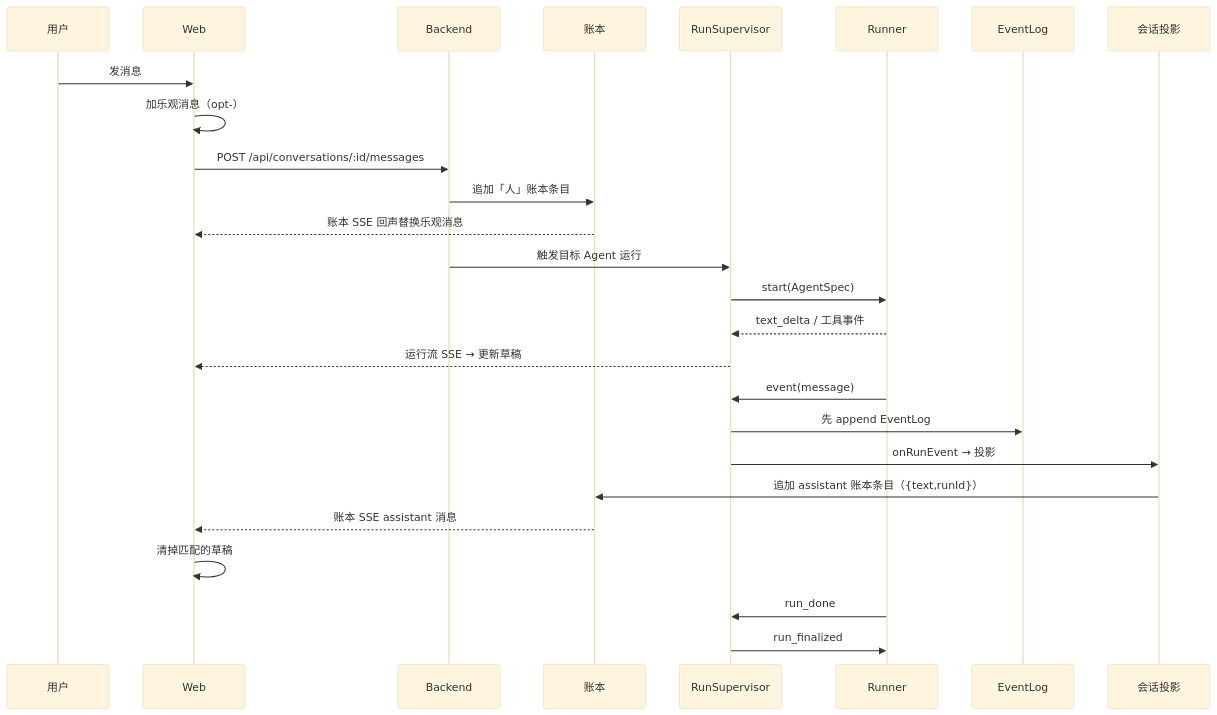
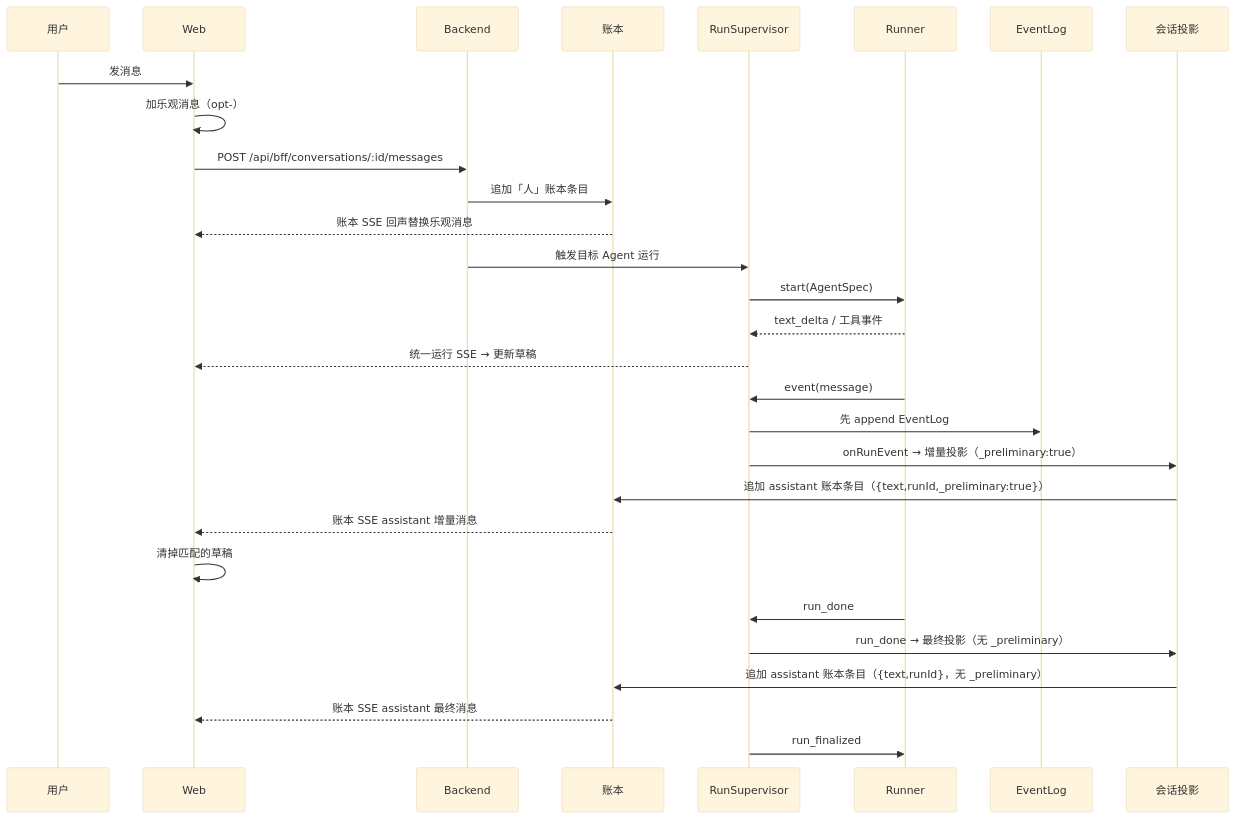
The diagram in docs/architecture/flows/e2e-web-message.md (Chengchcc/my-agent-team), drawn with Mermaid (base theme) before and after one commit. The commit also changed other lines of this file and 8 other files, not shown here.

First line of the commit message:
docs: fix architecture docs to match code reality

````diff
--- a/docs/architecture/flows/e2e-web-message.md
+++ b/docs/architecture/flows/e2e-web-message.md
@@ -21,29 +21,32 @@
 ```mermaid
 sequenceDiagram
   participant U as 用户
   participant W as Web
   participant B as Backend
   participant L as 账本
   participant S as RunSupervisor
   participant D as Runner
   participant E as EventLog
   participant P as 会话投影
 
   U->>W: 发消息
   W->>W: 加乐观消息（opt-）
-  W->>B: POST /api/conversations/:id/messages
+  W->>B: POST /api/bff/conversations/:id/messages
   B->>L: 追加「人」账本条目
   L-->>W: 账本 SSE 回声替换乐观消息
   B->>S: 触发目标 Agent 运行
   S->>D: start(AgentSpec)
   D-->>S: text_delta / 工具事件
-  S-->>W: 运行流 SSE → 更新草稿
+  S-->>W: 统一运行 SSE → 更新草稿
   D->>S: event(message)
   S->>E: 先 append EventLog
-  S->>P: onRunEvent → 投影
-  P->>L: 追加 assistant 账本条目（{text,runId}）
-  L-->>W: 账本 SSE assistant 消息
+  S->>P: onRunEvent → 增量投影（_preliminary:true）
+  P->>L: 追加 assistant 账本条目（{text,runId,_preliminary:true}）
+  L-->>W: 账本 SSE assistant 增量消息
   W->>W: 清掉匹配的草稿
   D->>S: run_done
+  S->>P: run_done → 最终投影（无 _preliminary）
+  P->>L: 追加 assistant 账本条目（{text,runId}，无 _preliminary）
+  L-->>W: 账本 SSE assistant 最终消息
   S->>D: run_finalized
 ```
````
